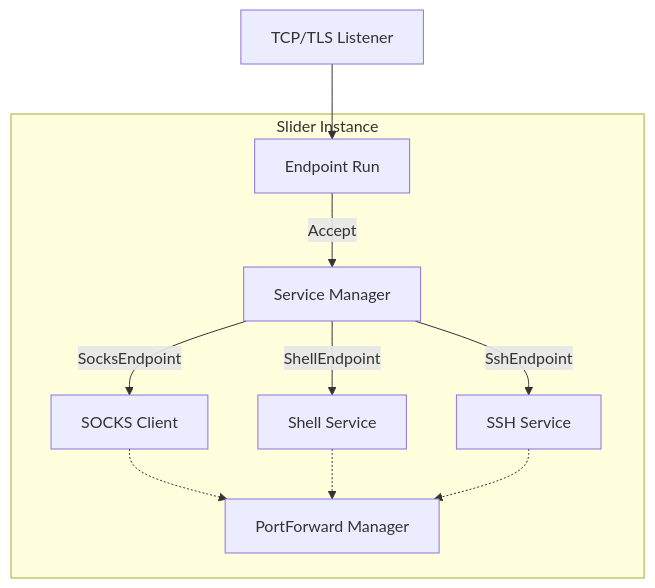
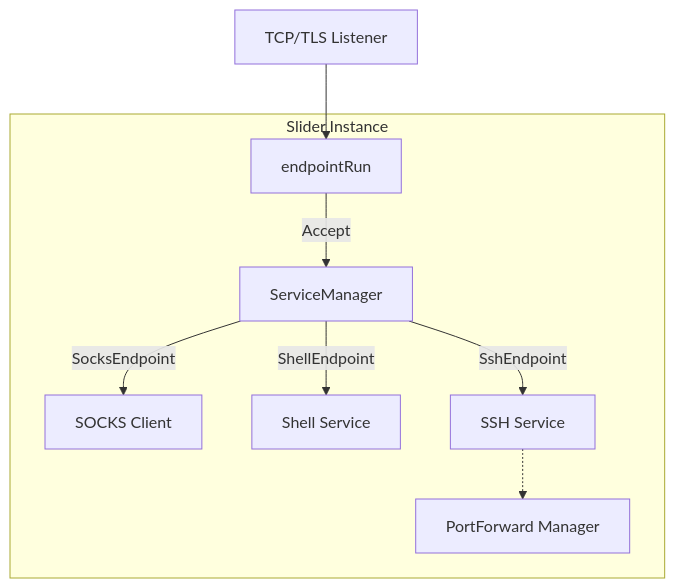
Before and after one commit to fuzzbuster/slider: the sixth of 6 diagrams in .trae/deepwiki/功能模块：Shell、SFTP 与代理.md, drawn with Mermaid. The commit also changed other lines of this file and 17 other files, not shown here.

````diff
--- a/.trae/deepwiki/功能模块：Shell、SFTP 与代理.md
+++ b/.trae/deepwiki/功能模块：Shell、SFTP 与代理.md
@@ -384,21 +395,19 @@
 ```mermaid
 graph TB
     subgraph Instance[Slider Instance]
-        ER[Endpoint Run]
-        SM[Service Manager]
+        ER[endpointRun]
+        SM[ServiceManager]
         PF[PortForward Manager]
         SC[SOCKS Client]
         SH[Shell Service]
         SS[SSH Service]
     end
 
     Listener[TCP/TLS Listener] --> ER
     ER -->|Accept| SM
     SM -->|SocksEndpoint| SC
     SM -->|ShellEndpoint| SH
     SM -->|SshEndpoint| SS
 
-    SC -.-> PF
-    SH -.-> PF
     SS -.-> PF
 ```
````
